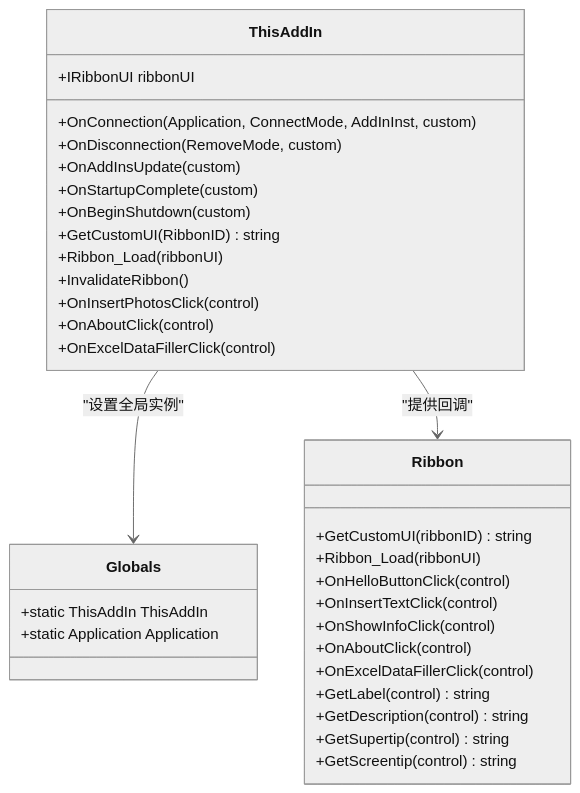
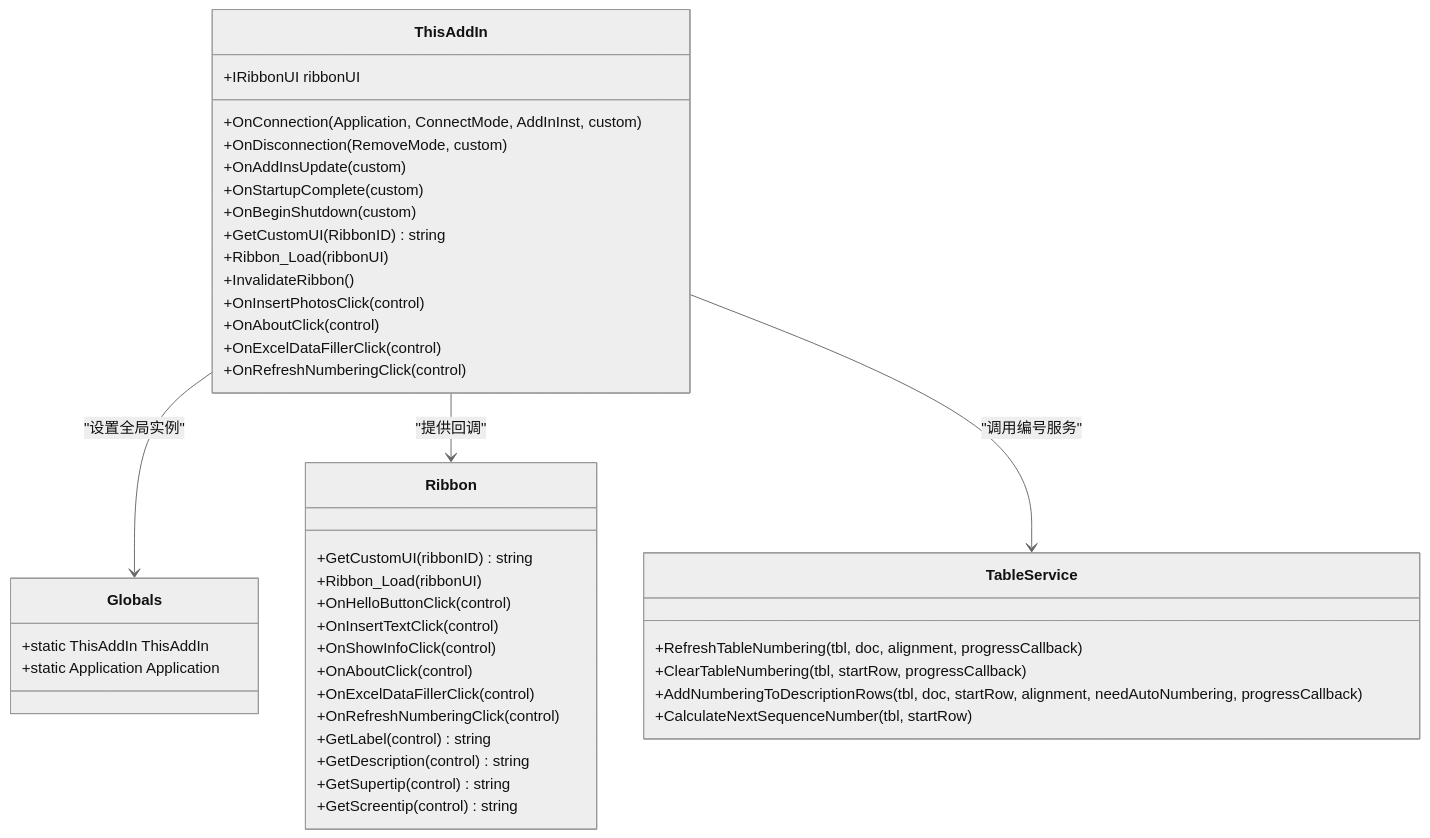
One commit to rainiva/WordTools changed the third of 7 diagrams in .qoder/repowiki/zh/content/架构设计/插件入口点.md. Above: the diagram before and after it, drawn with Mermaid (neutral theme). The commit also changed other lines of this file and 12 other files, not shown here.

````diff
--- a/.qoder/repowiki/zh/content/架构设计/插件入口点.md
+++ b/.qoder/repowiki/zh/content/架构设计/插件入口点.md
@@ -132,36 +171,45 @@
 ```mermaid
 classDiagram
 class ThisAddIn {
 +IRibbonUI ribbonUI
 +OnConnection(Application, ConnectMode, AddInInst, custom)
 +OnDisconnection(RemoveMode, custom)
 +OnAddInsUpdate(custom)
 +OnStartupComplete(custom)
 +OnBeginShutdown(custom)
 +GetCustomUI(RibbonID) string
 +Ribbon_Load(ribbonUI)
 +InvalidateRibbon()
 +OnInsertPhotosClick(control)
 +OnAboutClick(control)
 +OnExcelDataFillerClick(control)
++OnRefreshNumberingClick(control)
 }
 class Globals {
 +static ThisAddIn ThisAddIn
 +static Application Application
 }
 class Ribbon {
 +GetCustomUI(ribbonID) string
 +Ribbon_Load(ribbonUI)
 +OnHelloButtonClick(control)
 +OnInsertTextClick(control)
 +OnShowInfoClick(control)
 +OnAboutClick(control)
 +OnExcelDataFillerClick(control)
++OnRefreshNumberingClick(control)
 +GetLabel(control) string
 +GetDescription(control) string
 +GetSupertip(control) string
 +GetScreentip(control) string
 }
+class TableService {
++RefreshTableNumbering(tbl, doc, alignment, progressCallback)
++ClearTableNumbering(tbl, startRow, progressCallback)
++AddNumberingToDescriptionRows(tbl, doc, startRow, alignment, needAutoNumbering, progressCallback)
++CalculateNextSequenceNumber(tbl, startRow)
+}
 ThisAddIn --> Globals : "设置全局实例"
 ThisAddIn --> Ribbon : "提供回调"
+ThisAddIn --> TableService : "调用编号服务"
 ```
````
